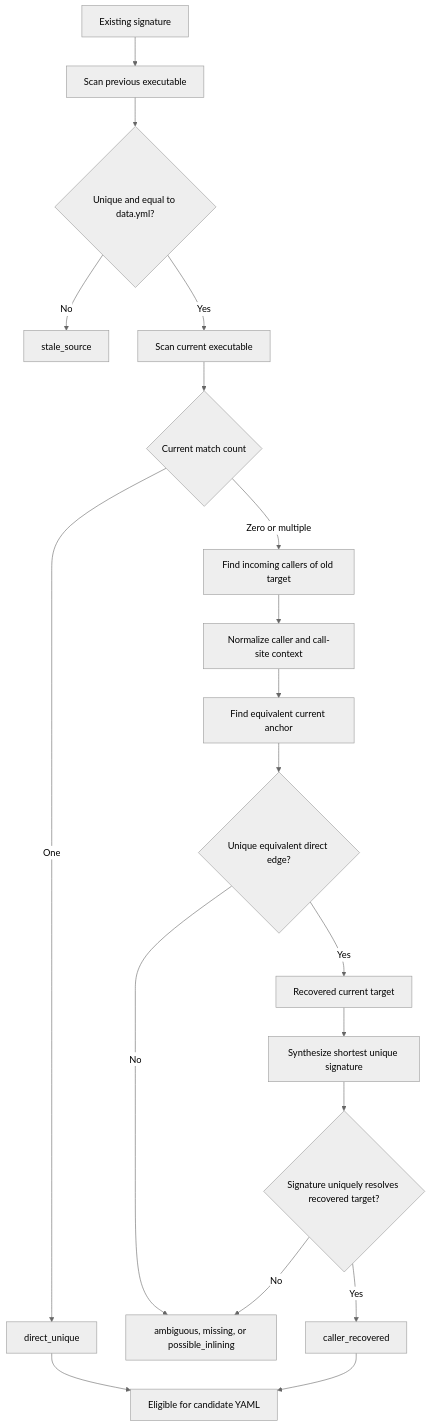
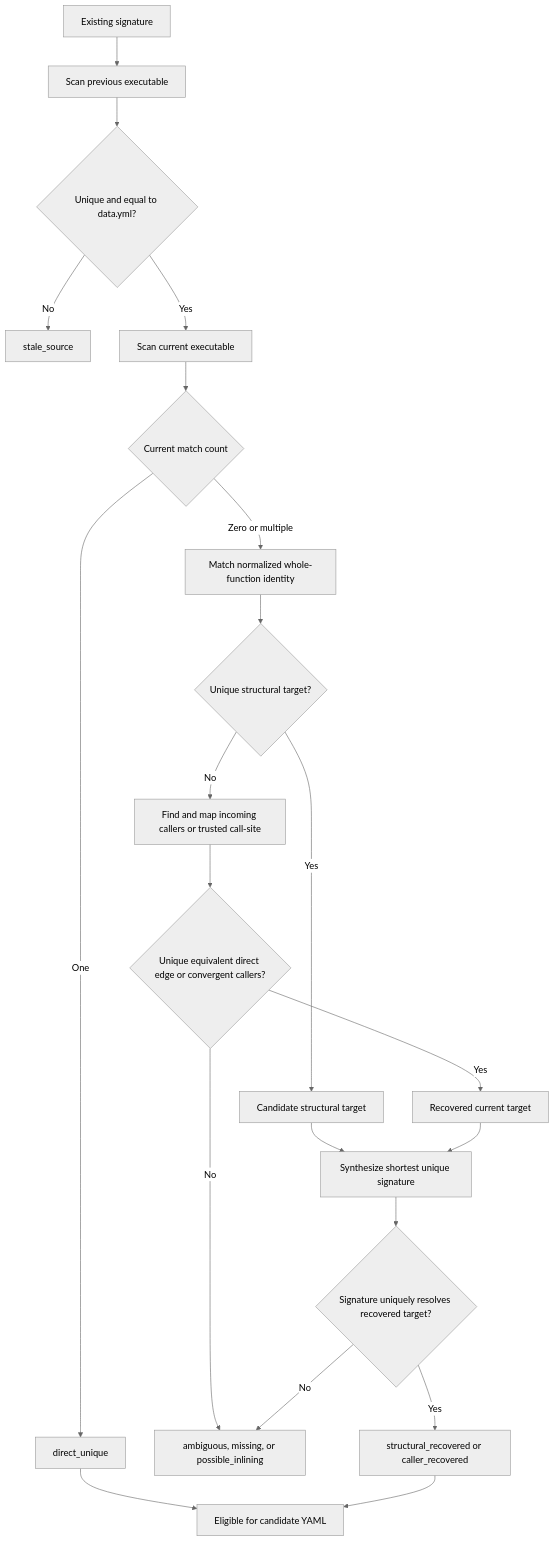
The second of 2 diagrams in docs/superpowers/specs/2026-07-27-patch-revalidation-design.md (lokinmodar/FFXIVClientStructs), drawn with Mermaid (neutral theme) before and after one commit. The commit also changed other lines of this file and 1 other file, not shown here.

````diff
--- a/docs/superpowers/specs/2026-07-27-patch-revalidation-design.md
+++ b/docs/superpowers/specs/2026-07-27-patch-revalidation-design.md
@@ -319,25 +377,27 @@
 ```mermaid
 flowchart TD
     A["Existing signature"] --> B["Scan previous executable"]
     B --> C{"Unique and equal to data.yml?"}
     C -->|"No"| Z["stale_source"]
     C -->|"Yes"| D["Scan current executable"]
 
     D --> E{"Current match count"}
     E -->|"One"| F["direct_unique"]
-    E -->|"Zero or multiple"| G["Find incoming callers of old target"]
+    E -->|"Zero or multiple"| G["Match normalized whole-function identity"]
 
-    G --> H["Normalize caller and call-site context"]
-    H --> I["Find equivalent current anchor"]
-    I --> J{"Unique equivalent direct edge?"}
+    G --> H{"Unique structural target?"}
+    H -->|"Yes"| S["Candidate structural target"]
+    H -->|"No"| I["Find and map incoming callers or trusted call-site"]
+    I --> J{"Unique equivalent direct edge or convergent callers?"}
 
     J -->|"No"| K["ambiguous, missing, or possible_inlining"]
     J -->|"Yes"| L["Recovered current target"]
-    L --> N["Synthesize shortest unique signature"]
+    S --> N["Synthesize shortest unique signature"]
+    L --> N
     N --> O{"Signature uniquely resolves recovered target?"}
-    O -->|"Yes"| P["caller_recovered"]
+    O -->|"Yes"| P["structural_recovered or caller_recovered"]
     O -->|"No"| K
 
     F --> Y["Eligible for candidate YAML"]
     P --> Y
 ```
````
